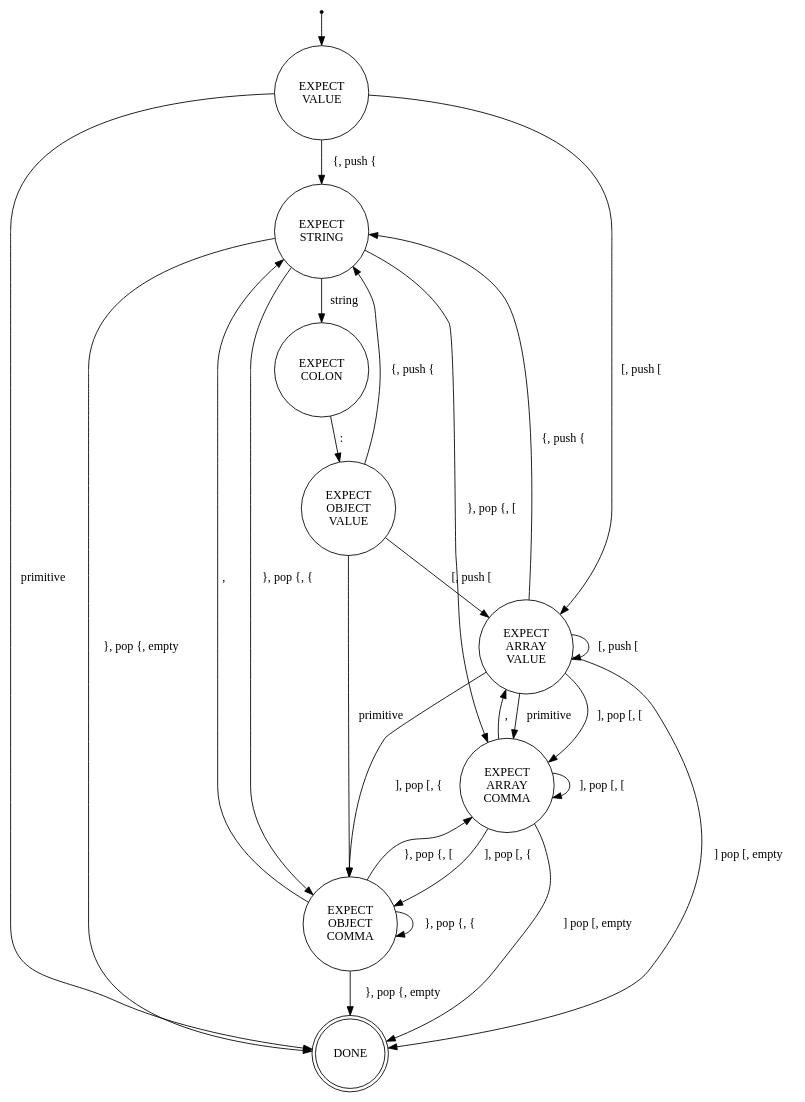
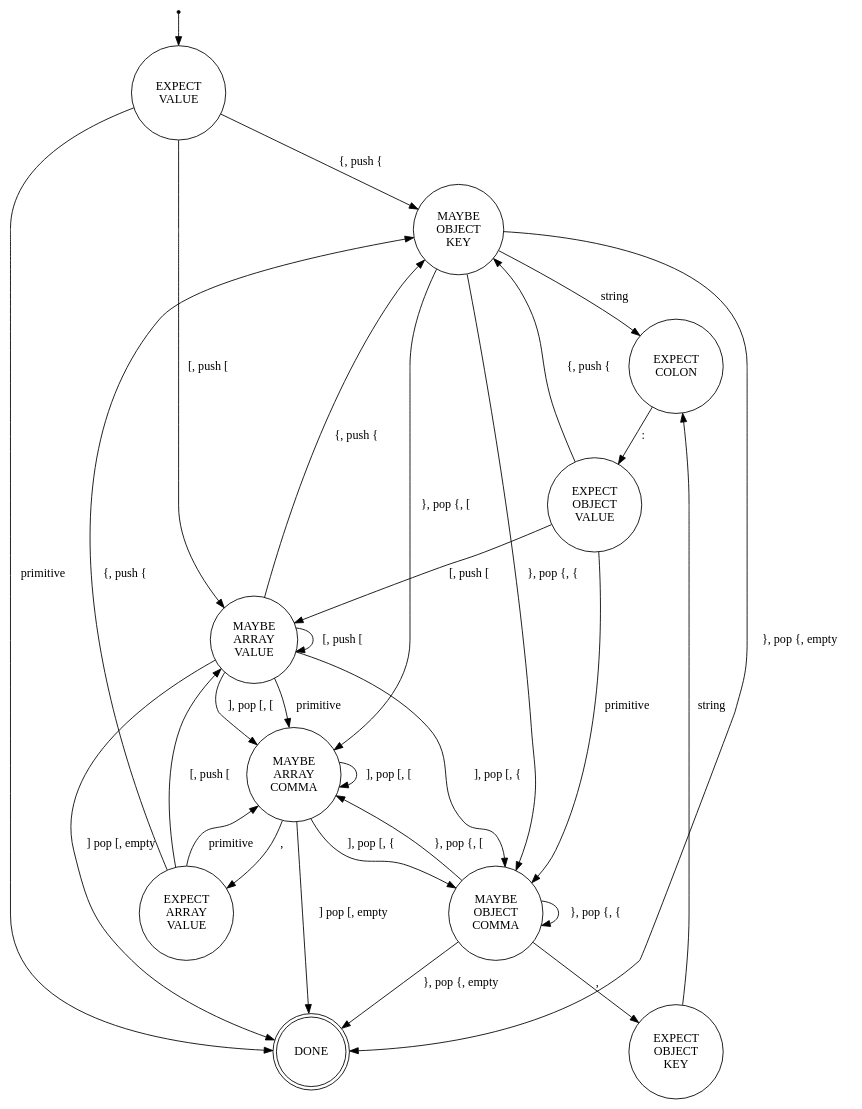
Before and after one commit to ivochkin/embedjson: the diagram in doc/syntax-parser-fsm.dot, drawn with Graphviz. The commit also changed 8 other files, not shown here.

```diff
--- a/doc/syntax-parser-fsm.dot
+++ b/doc/syntax-parser-fsm.dot
@@ -1,62 +1,69 @@
 /*
  * Embedjson syntax parser Pushdown Automaton [1] transitions diagram.
  *
  * Label syntax " {, push { " means "If input symbol is {, then
  * push { onto the stack and follow this transition".
  *
  * Label syntax " ], pop [, { " means "If input symbol is ], then
  * ensure that top element of the stack is [, pop it, and if the
  * pop element of the stack is now { follow this transition".
  *
  * Transition induced by the "primitive" symbol are ones that
  * are made when one of the following tokens is encountered:
  * - string
  * - number
  * - true
  * - false
  * - null
  *
  * [1] https://en.wikipedia.org/wiki/Pushdown_automaton
  */
 digraph finite_state_machine {
   node [shape = point ]; entry
 
   node [shape=doublecircle label="DONE"] done;
 
   node [shape=circle label="EXPECT\nVALUE"] expect_value;
-  node [label="EXPECT\nSTRING"] expect_string;
+  node [label="MAYBE\nOBJECT\nKEY"] maybe_object_key;
+  node [label="EXPECT\nOBJECT\nKEY"] expect_object_key;
   node [label="EXPECT\nCOLON"] expect_colon;
-  node [label="EXPECT\nOBJECT\nCOMMA"] expect_object_comma;
+  node [label="MAYBE\nOBJECT\nCOMMA"] maybe_object_comma;
   node [label="EXPECT\nOBJECT\nVALUE"] expect_object_value;
+  node [label="MAYBE\nARRAY\nVALUE"] maybe_array_value;
   node [label="EXPECT\nARRAY\nVALUE"] expect_array_value;
-  node [label="EXPECT\nARRAY\nCOMMA"] expect_array_comma;
+  node [label="MAYBE\nARRAY\nCOMMA"] maybe_array_comma;
 
   entry -> expect_value;
 
-  expect_value -> expect_string [label=" {, push { "];
   expect_value -> done [label=" primitive "];
-  expect_string -> expect_colon [label=" string "];
-  expect_string -> done [label=" }, pop {, empty "];
-  expect_string -> expect_object_comma [label=" }, pop {, { "];
-  expect_string -> expect_array_comma [label=" }, pop {, [ "];
+
+  expect_value -> maybe_object_key [label=" {, push { "];
+  maybe_object_key -> done [label=" }, pop {, empty "];
+  maybe_object_key -> maybe_object_comma [label=" }, pop {, { "];
+  maybe_object_key -> maybe_array_comma [label=" }, pop {, [ "];
+  maybe_object_key -> expect_colon [label=" string "];
   expect_colon -> expect_object_value [label=" : "];
-  expect_object_value -> expect_object_comma [label=" primitive "];
-  expect_object_value -> expect_string [label=" {, push { "];
-  expect_object_value -> expect_array_value [label=" [, push [ "];
-  expect_object_comma -> expect_string [label=" , "];
-  expect_object_comma -> done [label=" }, pop {, empty "];
-  expect_object_comma -> expect_object_comma [label=" }, pop {, { "];
-  expect_object_comma -> expect_array_comma [label=" }, pop {, [ "];
+  expect_object_value -> maybe_object_comma [label=" primitive "];
+  expect_object_value -> maybe_object_key [label=" {, push { "];
+  expect_object_value -> maybe_array_value [label=" [, push [ "];
+  maybe_object_comma -> expect_object_key [label=" , "];
+  maybe_object_comma -> done [label=" }, pop {, empty "];
+  maybe_object_comma -> maybe_object_comma [label=" }, pop {, { "];
+  maybe_object_comma -> maybe_array_comma [label=" }, pop {, [ "];
+  expect_object_key -> expect_colon [label=" string "];
 
-  expect_value -> expect_array_value [label=" [, push [ "];
-  expect_array_value -> expect_array_comma [label=" primitive "];
-  expect_array_value -> expect_array_value [label=" [, push [ "];
-  expect_array_value -> expect_string [label= " {, push { "];
-  expect_array_value -> done [label=" ] pop [, empty "];
-  expect_array_value -> expect_array_comma [label=" ], pop [, [ "];
-  expect_array_value -> expect_object_comma [label=" ], pop [, { "];
-  expect_array_comma -> expect_array_value [label=" , "];
-  expect_array_comma -> done [label=" ] pop [, empty "];
-  expect_array_comma -> expect_array_comma [label=" ], pop [, [ "];
-  expect_array_comma -> expect_object_comma [label=" ], pop [, { "];
+  expect_value -> maybe_array_value [label=" [, push [ "];
+  maybe_array_value -> done [label=" ] pop [, empty "];
+  maybe_array_value -> maybe_array_comma [label=" ], pop [, [ "];
+  maybe_array_value -> maybe_object_comma [label=" ], pop [, { "];
+  maybe_array_value -> maybe_array_value  [label=" [, push [ "];
+  maybe_array_value -> maybe_object_key [label=" {, push { "];
+  maybe_array_value -> maybe_array_comma [label=" primitive "];
+  maybe_array_comma -> expect_array_value [label=" , "];
+  maybe_array_comma -> done [label=" ] pop [, empty "];
+  maybe_array_comma -> maybe_array_comma [label=" ], pop [, [ "];
+  maybe_array_comma -> maybe_object_comma [label=" ], pop [, { "];
+  expect_array_value -> maybe_array_comma [label=" primitive "];
+  expect_array_value -> maybe_array_value [label=" [, push [ "];
+  expect_array_value -> maybe_object_key [label= " {, push { "];
 }
```
